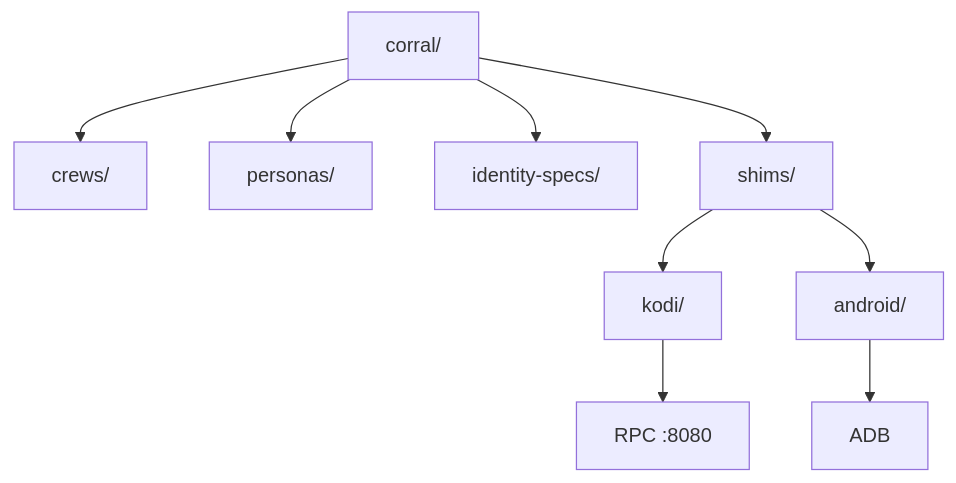
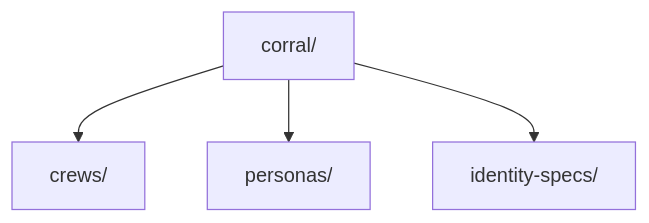
Before and after one commit to toxicwind/estate: the diagram in corral/README.md, drawn with Mermaid. The commit also changed other lines of this file and 504 other files, not shown here.

````diff
--- a/corral/README.md
+++ b/corral/README.md
@@ -19,11 +18,6 @@
 ```mermaid
 flowchart TD
     F[corral/] --> C[crews/]
     F --> P[personas/]
     F --> I[identity-specs/]
-    F --> S[shims/]
-    S --> K[kodi/]
-    S --> A[android/]
-    K --> KR[RPC :8080]
-    A --> AA[ADB]
 ```
````
